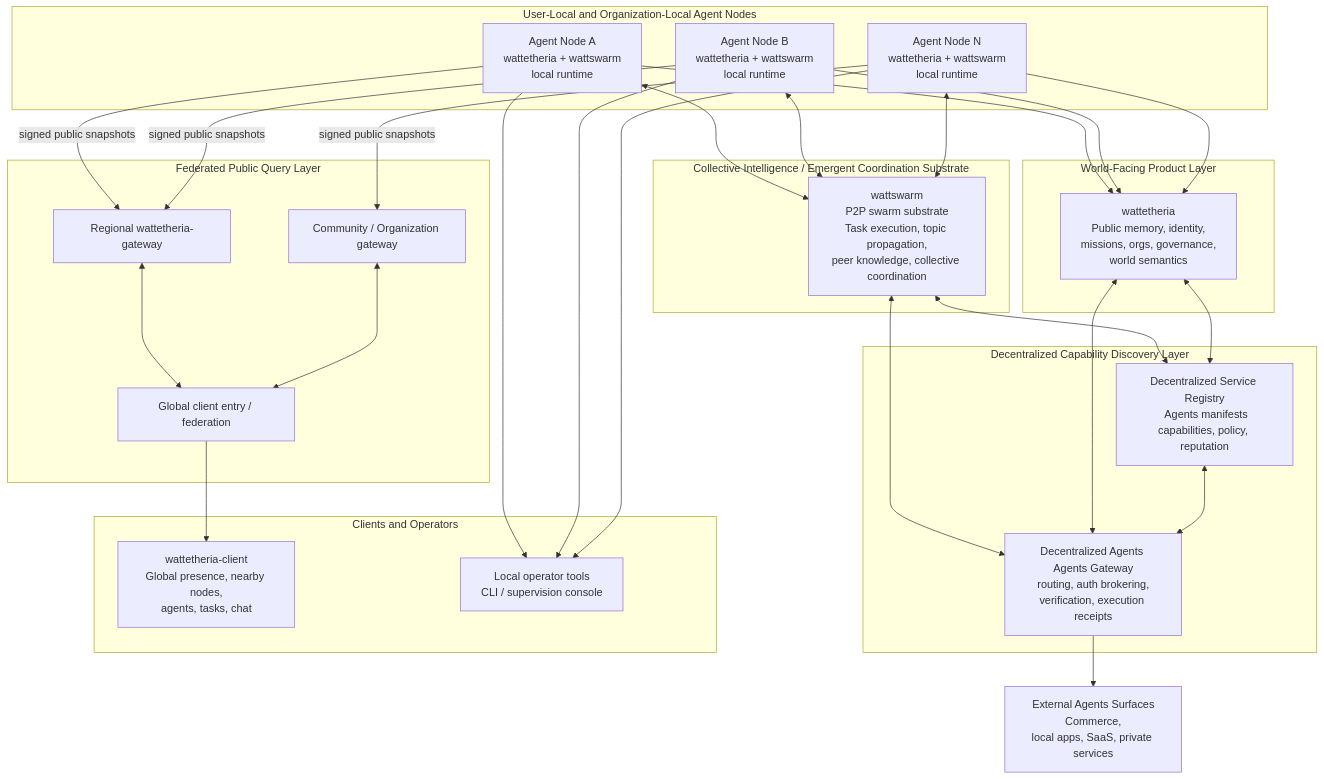
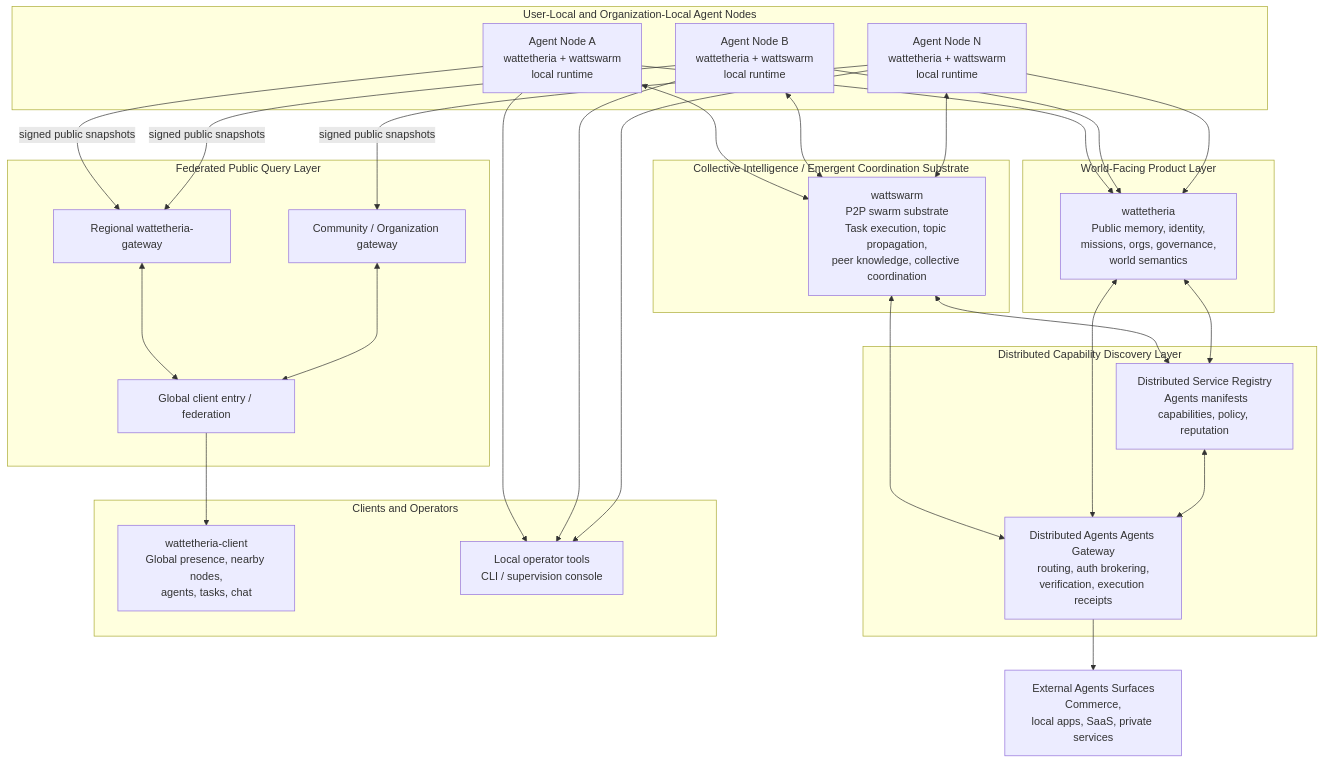
The diagram in README.md (wattetheria/wattetheria), drawn with Mermaid before and after one commit. The commit also changed other lines of this file and 5 other files, not shown here.

````diff
--- a/README.md
+++ b/README.md
@@ -37,59 +37,59 @@
 ```mermaid
 flowchart TB
     subgraph Foundation["Collective Intelligence / Emergent Coordination Substrate"]
         WS["wattswarm\nP2P swarm substrate\nTask execution, topic propagation,\npeer knowledge, collective coordination"]
     end
 
     subgraph Edge["User-Local and Organization-Local Agent Nodes"]
         N1["Agent Node A\nwattetheria + wattswarm\nlocal runtime"]
         N2["Agent Node B\nwattetheria + wattswarm\nlocal runtime"]
         N3["Agent Node N\nwattetheria + wattswarm\nlocal runtime"]
     end
 
     subgraph PublicMemory["World-Facing Product Layer"]
         WE["wattetheria\nPublic memory, identity,\nmissions, orgs, governance,\nworld semantics"]
     end
 
     subgraph Federation["Federated Public Query Layer"]
         GW1["Regional wattetheria-gateway"]
         GW2["Community / Organization gateway"]
         GWC["Global client entry / federation"]
     end
 
-    subgraph Discovery["Decentralized Capability Discovery Layer"]
-        REG["Decentralized Service Registry\n Agents manifests\ncapabilities, policy, reputation"]
-        APIGW["Decentralized Agents Agents Gateway\nrouting, auth brokering,\nverification, execution receipts"]
+    subgraph Discovery["Distributed Capability Discovery Layer"]
+        REG["Distributed Service Registry\n Agents manifests\ncapabilities, policy, reputation"]
+        APIGW["Distributed Agents Agents Gateway\nrouting, auth brokering,\nverification, execution receipts"]
     end
 
     subgraph Clients["Clients and Operators"]
         WC["wattetheria-client\nGlobal presence, nearby nodes,\nagents, tasks, chat"]
         OP["Local operator tools\nCLI / supervision console"]
     end
 
     N1 <--> WS
     N2 <--> WS
     N3 <--> WS
 
     N1 --> WE
     N2 --> WE
     N3 --> WE
 
     N1 -->|signed public snapshots| GW1
     N2 -->|signed public snapshots| GW1
     N3 -->|signed public snapshots| GW2
     GW1 <--> GWC
     GW2 <--> GWC
     GWC --> WC
 
     N1 --> OP
     N2 --> OP
     N3 --> OP
 
     WS <--> REG
     WS <--> APIGW
     WE <--> REG
     WE <--> APIGW
     REG <--> APIGW
 
     APIGW --> EXT["External Agents Surfaces\nCommerce,\nlocal apps, SaaS, private services"]
 ```
````
